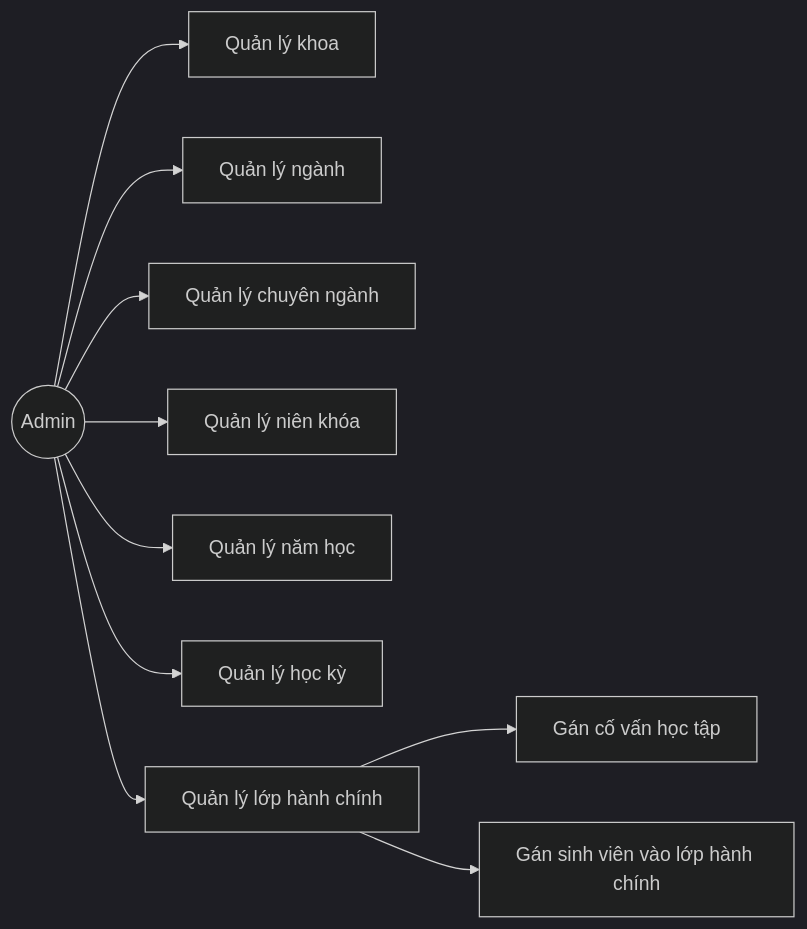
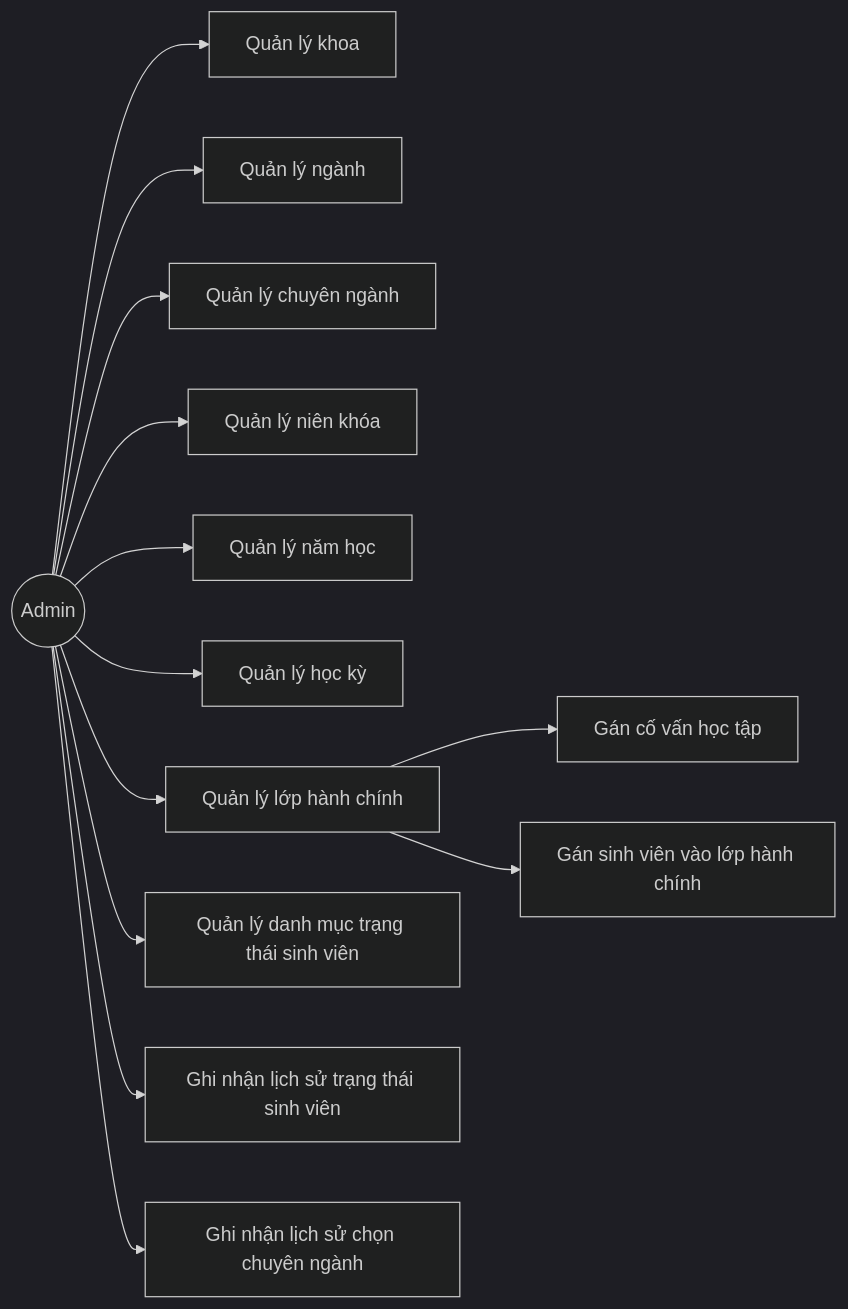
Before and after one commit to NguyenThoNgocIT/ems_educations: diagram 14 of 30 in backend/docs/20260529_chapter2_system_analysis_design.md, drawn with Mermaid (dark theme). The commit also changed other lines of this file and 1 other file, not shown here.

````diff
--- a/backend/docs/20260529_chapter2_system_analysis_design.md
+++ b/backend/docs/20260529_chapter2_system_analysis_design.md
@@ -528,23 +837,29 @@
 ```mermaid
 flowchart LR
     Admin((Admin))
     UC1["Quản lý khoa"]
     UC2["Quản lý ngành"]
     UC3["Quản lý chuyên ngành"]
     UC4["Quản lý niên khóa"]
     UC5["Quản lý năm học"]
     UC6["Quản lý học kỳ"]
     UC7["Quản lý lớp hành chính"]
     UC8["Gán cố vấn học tập"]
     UC9["Gán sinh viên vào lớp hành chính"]
+    UC10["Quản lý danh mục trạng thái sinh viên"]
+    UC11["Ghi nhận lịch sử trạng thái sinh viên"]
+    UC12["Ghi nhận lịch sử chọn chuyên ngành"]
 
     Admin --> UC1
     Admin --> UC2
     Admin --> UC3
     Admin --> UC4
     Admin --> UC5
     Admin --> UC6
     Admin --> UC7
     UC7 --> UC8
     UC7 --> UC9
+    Admin --> UC10
+    Admin --> UC11
+    Admin --> UC12
 ```
````
